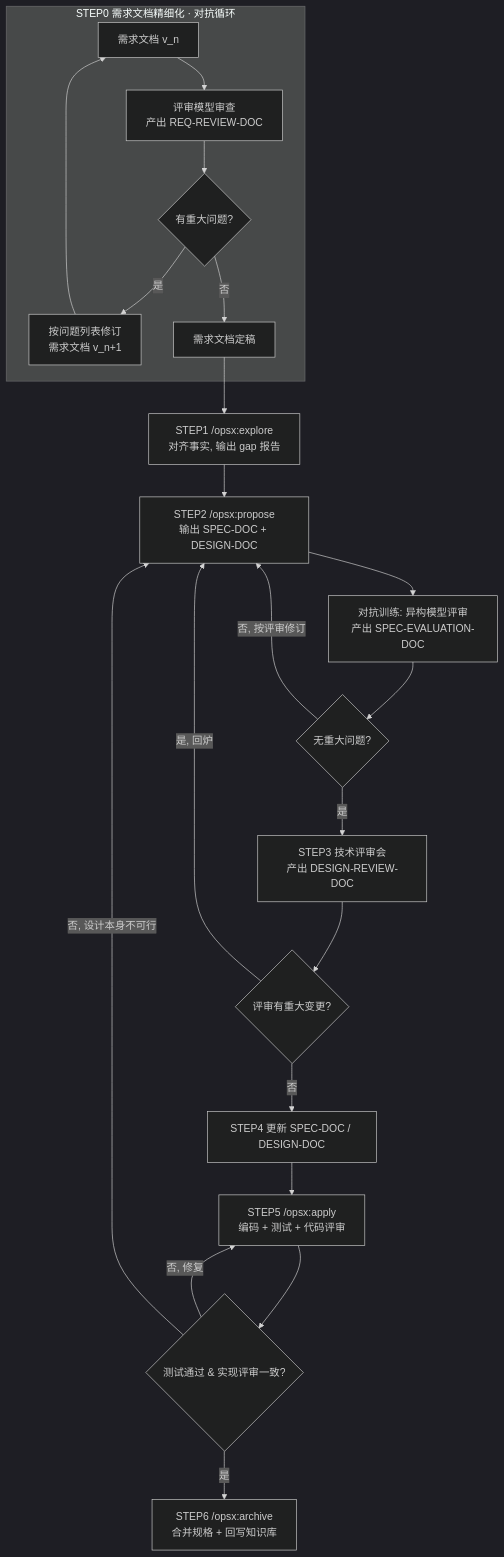
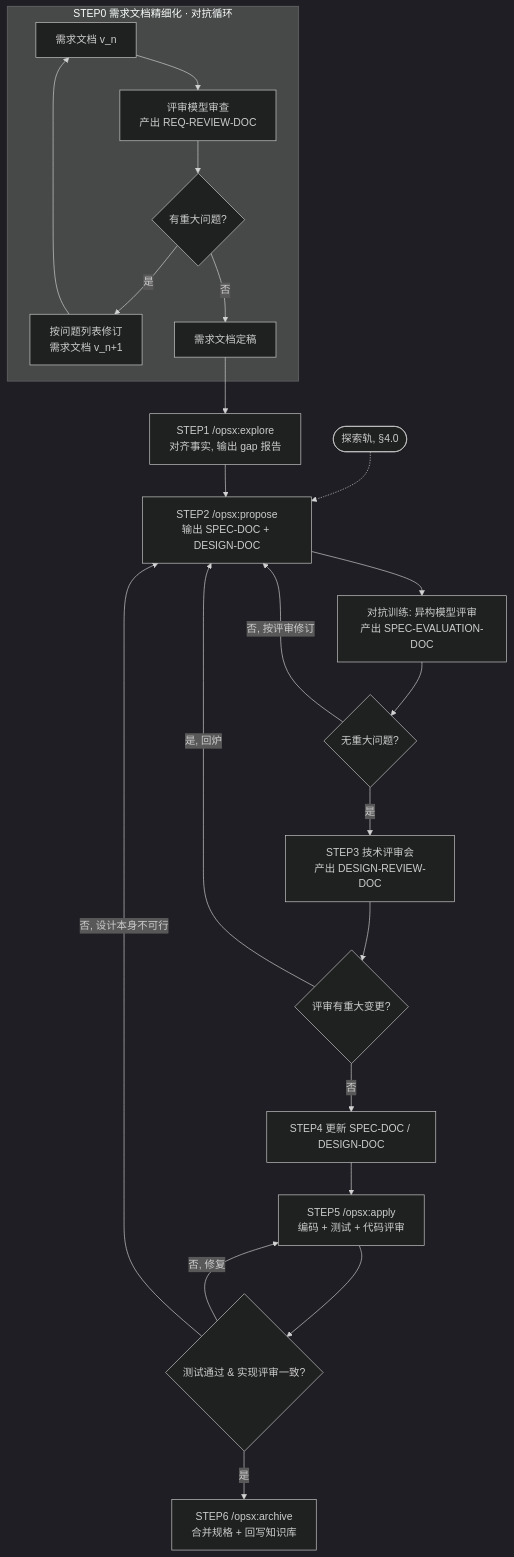
The second of 3 diagrams in README_cn.md (Apriorhythm/apriori-spec-development), drawn with Mermaid (dark theme) before and after one commit. The commit also changed other lines of this file and 5 other files, not shown here.

````diff
--- a/README_cn.md
+++ b/README_cn.md
@@ -316,27 +364,28 @@
 ```mermaid
 graph TD
+    X0([探索轨, §4.0]) -.-> C
     subgraph S0[STEP0 需求文档精细化 · 对抗循环]
         A1[需求文档 v_n] --> A2[评审模型审查<br/>产出 REQ-REVIEW-DOC]
         A2 --> A3{有重大问题?}
         A3 -- 是 --> A4[按问题列表修订<br/>需求文档 v_n+1]
         A4 --> A1
         A3 -- 否 --> A5[需求文档定稿]
     end
 
     A5 --> B[STEP1 /opsx:explore<br/>对齐事实, 输出 gap 报告]
     B --> C[STEP2 /opsx:propose<br/>输出 SPEC-DOC + DESIGN-DOC]
 
     C --> D[对抗训练: 异构模型评审<br/>产出 SPEC-EVALUATION-DOC]
     D --> D2{无重大问题?}
     D2 -- 否, 按评审修订 --> C
 
     D2 -- 是 --> E[STEP3 技术评审会<br/>产出 DESIGN-REVIEW-DOC]
     E --> F{评审有重大变更?}
     F -- 是, 回炉 --> C
     F -- 否 --> G[STEP4 更新 SPEC-DOC / DESIGN-DOC]
     G --> H[STEP5 /opsx:apply<br/>编码 + 测试 + 代码评审]
     H --> H2{测试通过 & 实现评审一致?}
     H2 -- 否, 修复 --> H
     H2 -- 否, 设计本身不可行 --> C
     H2 -- 是 --> I[STEP6 /opsx:archive<br/>合并规格 + 回写知识库]
 ```
````
